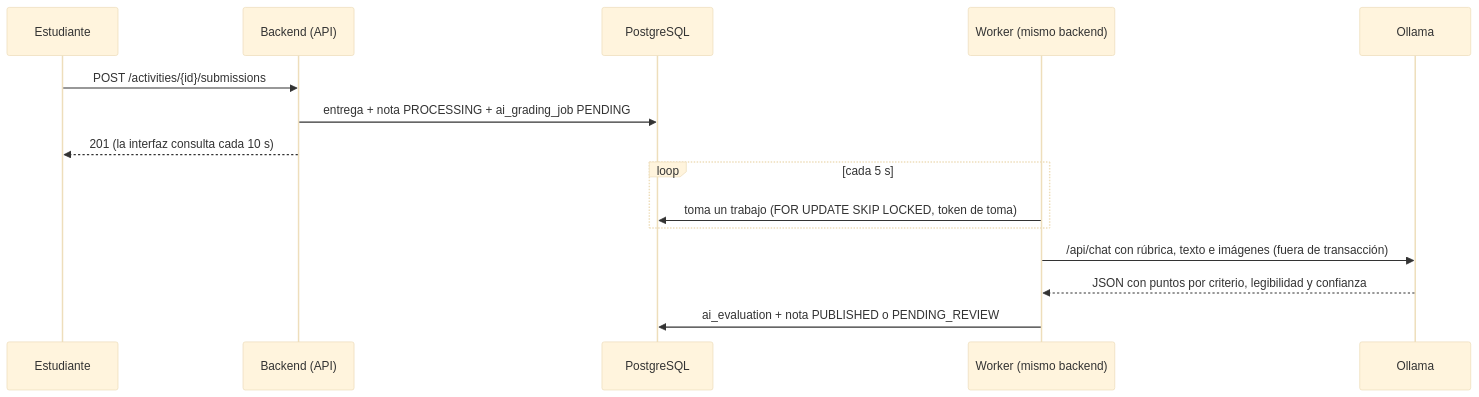
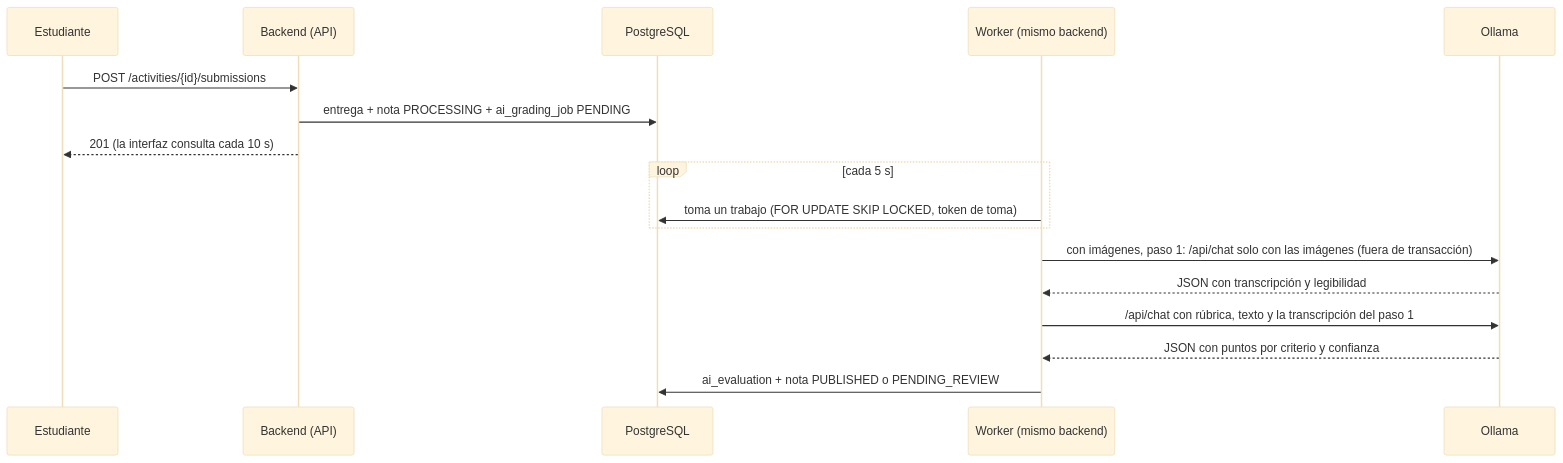
The fourth of 4 diagrams in docs/arquitectura.md (CarlosEscam/LogiCode-Up), drawn with Mermaid (base theme) before and after one commit. The commit also changed other lines of this file and 8 other files, not shown here.

First line of the commit message:
Versión 1.3.0: con imágenes, la IA lee primero y califica después (T-107)

````diff
--- a/docs/arquitectura.md
+++ b/docs/arquitectura.md
@@ -171,17 +171,19 @@
 ```mermaid
 sequenceDiagram
     participant E as Estudiante
     participant API as Backend (API)
     participant DB as PostgreSQL
     participant W as Worker (mismo backend)
     participant O as Ollama
     E->>API: POST /activities/{id}/submissions
     API->>DB: entrega + nota PROCESSING + ai_grading_job PENDING
     API-->>E: 201 (la interfaz consulta cada 10 s)
     loop cada 5 s
         W->>DB: toma un trabajo (FOR UPDATE SKIP LOCKED, token de toma)
     end
-    W->>O: /api/chat con rúbrica, texto e imágenes (fuera de transacción)
-    O-->>W: JSON con puntos por criterio, legibilidad y confianza
+    W->>O: con imágenes, paso 1: /api/chat solo con las imágenes (fuera de transacción)
+    O-->>W: JSON con transcripción y legibilidad
+    W->>O: /api/chat con rúbrica, texto y la transcripción del paso 1
+    O-->>W: JSON con puntos por criterio y confianza
     W->>DB: ai_evaluation + nota PUBLISHED o PENDING_REVIEW
 ```
````
